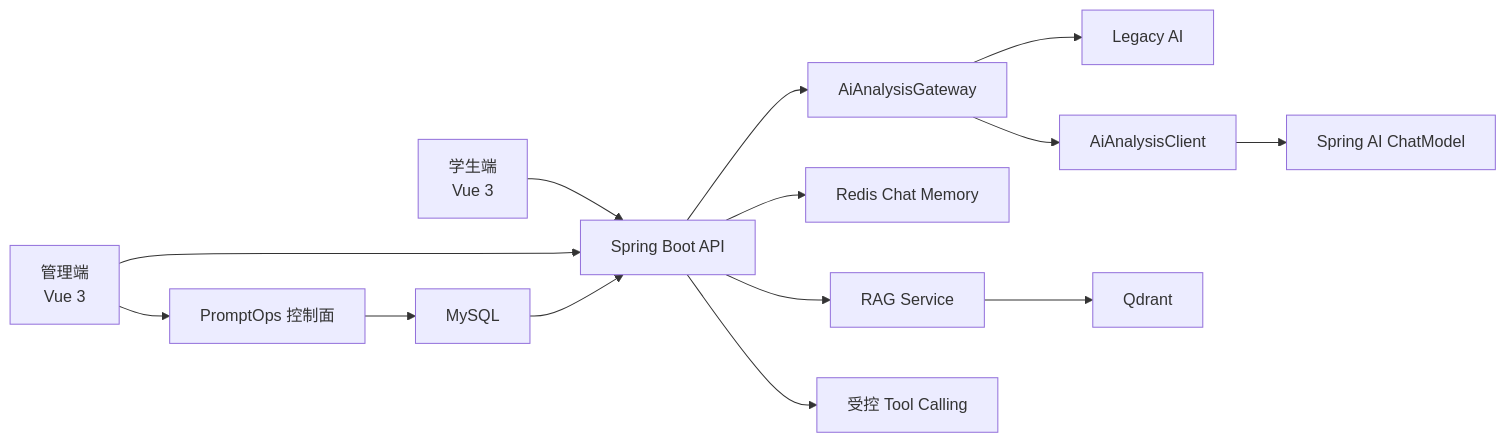
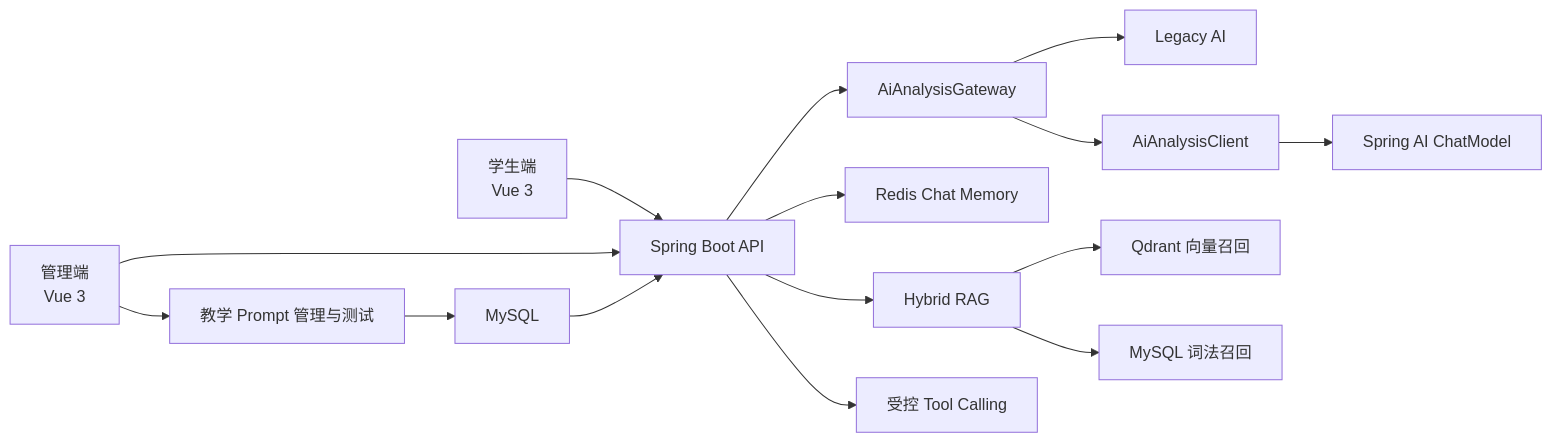
One commit to tiankai-333/master408v2 changed the diagram in README.md. Above: the diagram before and after it, drawn with Mermaid. The commit also changed other lines of this file and 60 other files, not shown here.

````diff
--- a/README.md
+++ b/README.md
@@ -56,19 +68,20 @@
 ```mermaid
 flowchart LR
     U["学生端<br/>Vue 3"] --> API["Spring Boot API"]
     A["管理端<br/>Vue 3"] --> API
 
     API --> G["AiAnalysisGateway"]
     G --> L["Legacy AI"]
     G --> C["AiAnalysisClient"]
     C --> M["Spring AI ChatModel"]
 
     API --> MEM["Redis Chat Memory"]
-    API --> RAG["RAG Service"]
-    RAG --> V["Qdrant"]
+    API --> RAG["Hybrid RAG"]
+    RAG --> V["Qdrant 向量召回"]
+    RAG --> SQL["MySQL 词法召回"]
     API --> TOOL["受控 Tool Calling"]
 
-    A --> OPS["PromptOps 控制面"]
+    A --> OPS["教学 Prompt 管理与测试"]
     OPS --> DB["MySQL"]
     DB --> API
 ```
````
